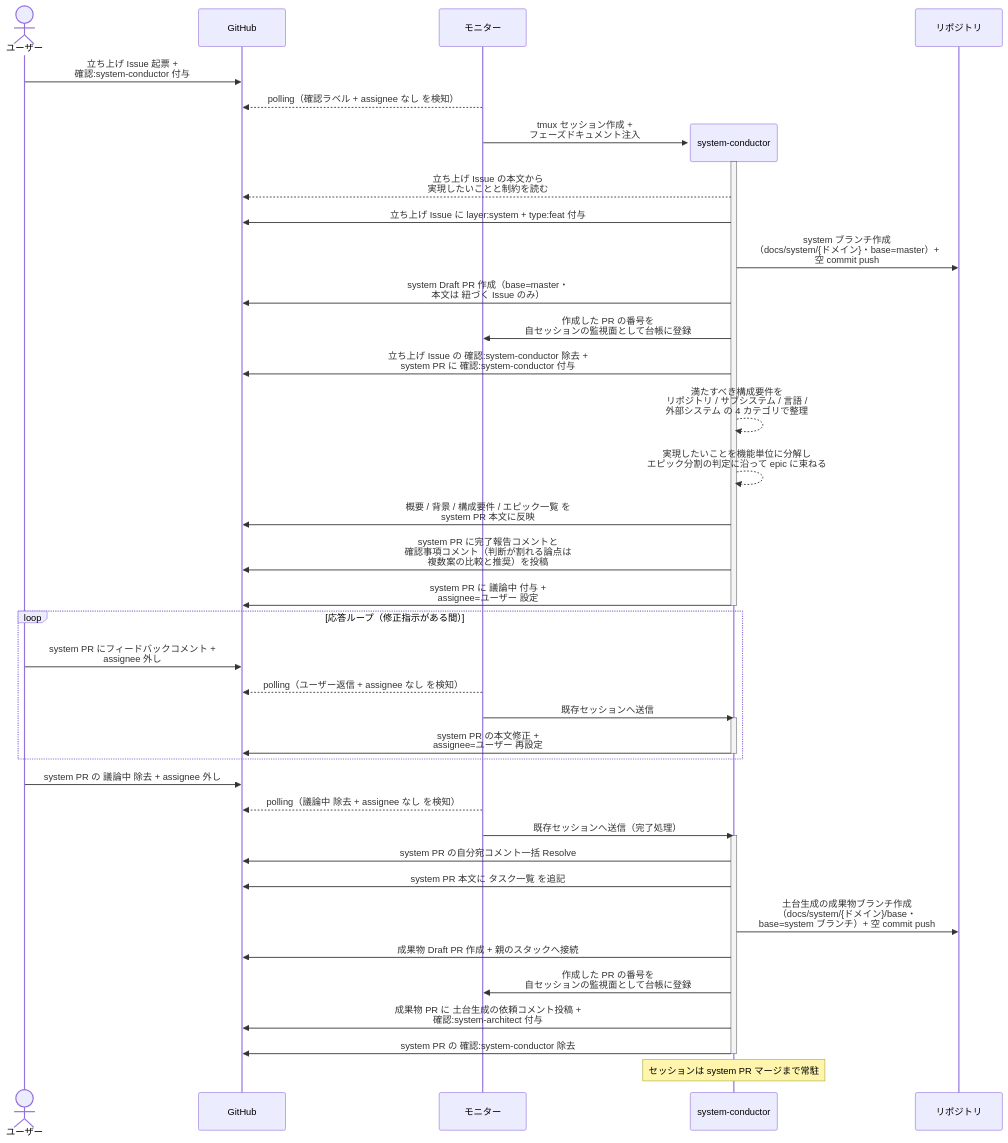
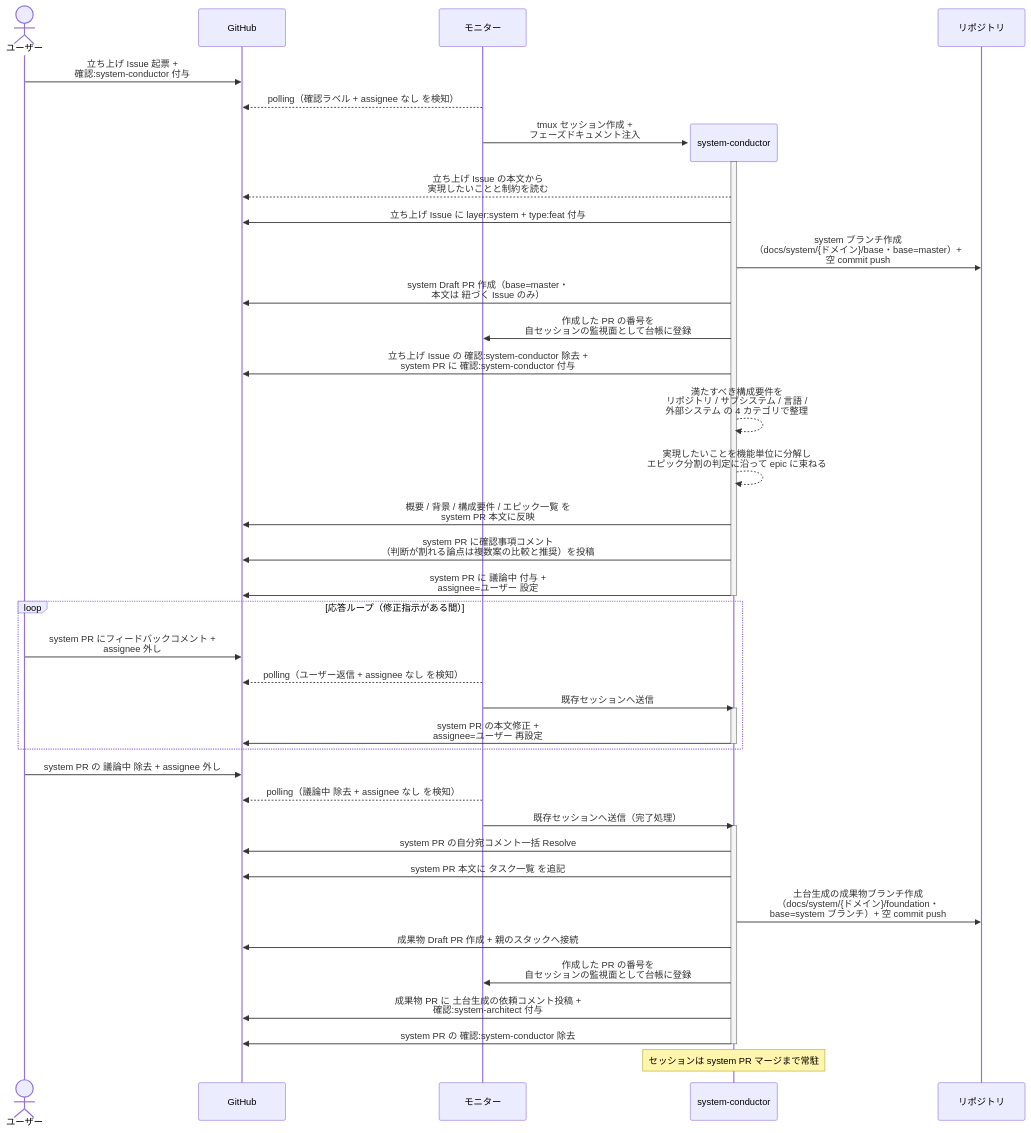
Before and after one commit to shuhei1101/ai-monitor: the first of 3 diagrams in docs/wiki/設計図/シナリオ/単一ユースケース/システム構成確定.md, drawn with Mermaid. The commit also changed other lines of this file and 174 other files, not shown here.

````diff
--- a/docs/wiki/設計図/シナリオ/単一ユースケース/システム構成確定.md
+++ b/docs/wiki/設計図/シナリオ/単一ユースケース/システム構成確定.md
@@ -27,48 +27,48 @@
 ```mermaid
 sequenceDiagram
   actor U as ユーザー
   participant GH as GitHub
   participant ORC as モニター
 
   U->>GH: 立ち上げ Issue 起票 +<br>確認:system-conductor 付与
   ORC-->>GH: polling（確認ラベル + assignee なし を検知）
   create participant MON as system-conductor
   ORC->>MON: tmux セッション作成 +<br>フェーズドキュメント注入
   participant REPO as リポジトリ
   activate MON
   MON-->>GH: 立ち上げ Issue の本文から<br>実現したいことと制約を読む
   MON->>GH: 立ち上げ Issue に layer:system + type:feat 付与
-  MON->>REPO: system ブランチ作成<br>（docs/system/{ドメイン}・base=master）+<br>空 commit push
+  MON->>REPO: system ブランチ作成<br>（docs/system/{ドメイン}/base・base=master）+<br>空 commit push
   MON->>GH: system Draft PR 作成（base=master・<br>本文は 紐づく Issue のみ）
   MON->>ORC: 作成した PR の番号を<br>自セッションの監視面として台帳に登録
   MON->>GH: 立ち上げ Issue の 確認:system-conductor 除去 +<br>system PR に 確認:system-conductor 付与
   MON-->>MON: 満たすべき構成要件を<br>リポジトリ / サブシステム / 言語 /<br>外部システム の 4 カテゴリで整理
   MON-->>MON: 実現したいことを機能単位に分解し<br>エピック分割の判定に沿って epic に束ねる
   MON->>GH: 概要 / 背景 / 構成要件 / エピック一覧 を<br>system PR 本文に反映
-  MON->>GH: system PR に完了報告コメントと<br>確認事項コメント（判断が割れる論点は<br>複数案の比較と推奨）を投稿
+  MON->>GH: system PR に確認事項コメント<br>（判断が割れる論点は複数案の比較と推奨）を投稿
   MON->>GH: system PR に 議論中 付与 +<br>assignee=ユーザー 設定
   deactivate MON
 
   loop 応答ループ（修正指示がある間）
     U->>GH: system PR にフィードバックコメント +<br>assignee 外し
     ORC-->>GH: polling（ユーザー返信 + assignee なし を検知）
     ORC->>MON: 既存セッションへ送信
     activate MON
     MON->>GH: system PR の本文修正 +<br>assignee=ユーザー 再設定
     deactivate MON
   end
 
   U->>GH: system PR の 議論中 除去 + assignee 外し
   ORC-->>GH: polling（議論中 除去 + assignee なし を検知）
   ORC->>MON: 既存セッションへ送信（完了処理）
   activate MON
   MON->>GH: system PR の自分宛コメント一括 Resolve
   MON->>GH: system PR 本文に タスク一覧 を追記
-  MON->>REPO: 土台生成の成果物ブランチ作成<br>（docs/system/{ドメイン}/base・<br>base=system ブランチ）+ 空 commit push
+  MON->>REPO: 土台生成の成果物ブランチ作成<br>（docs/system/{ドメイン}/foundation・<br>base=system ブランチ）+ 空 commit push
   MON->>GH: 成果物 Draft PR 作成 + 親のスタックへ接続
   MON->>ORC: 作成した PR の番号を<br>自セッションの監視面として台帳に登録
   MON->>GH: 成果物 PR に 土台生成の依頼コメント投稿 +<br>確認:system-architect 付与
   MON->>GH: system PR の 確認:system-conductor 除去
   deactivate MON
   Note over MON: セッションは system PR マージまで常駐
 ```
````
